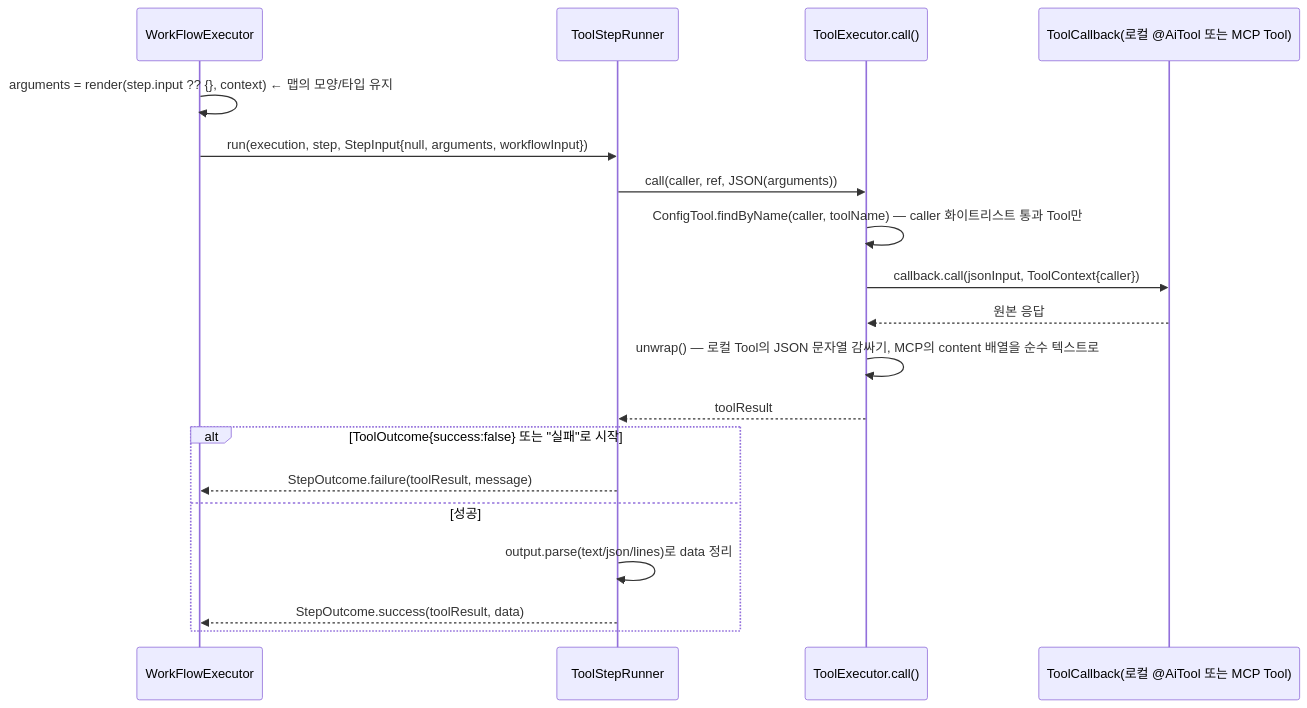
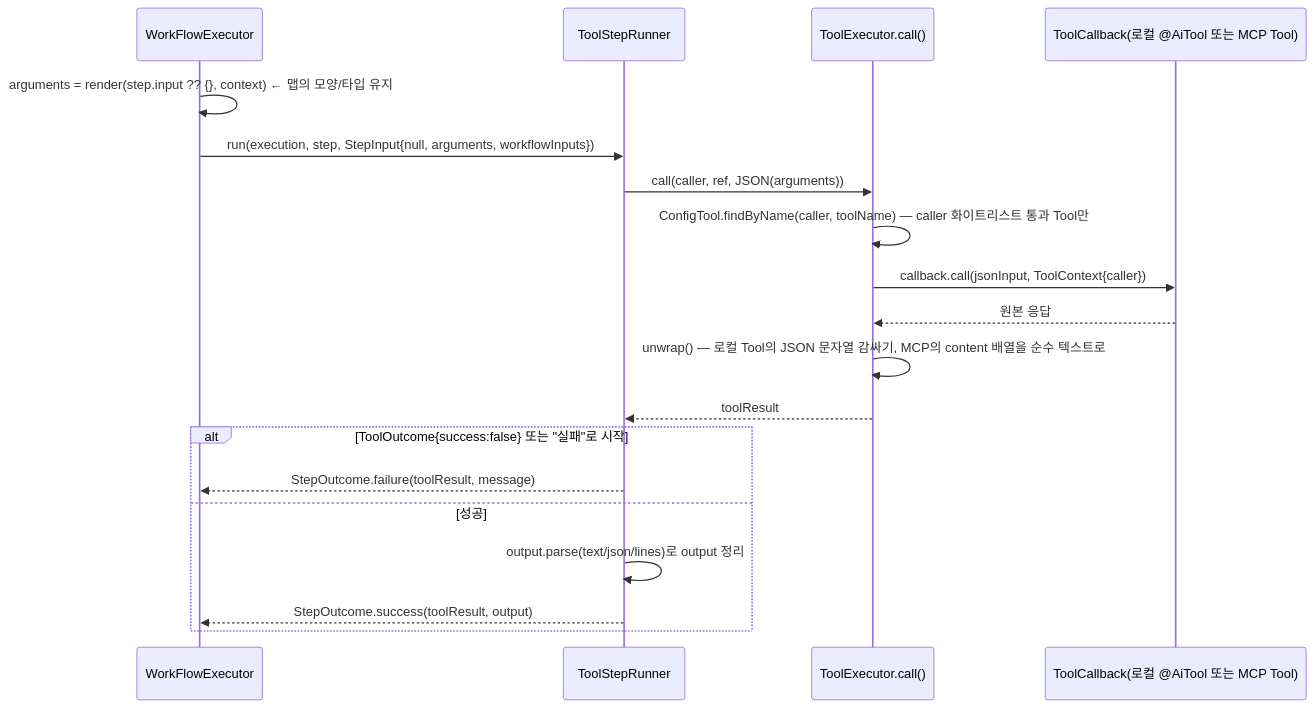
One commit to YongSoekChoeng/dstone changed the eighth of 10 diagrams in docs/09.dstone-ai-engine.md. Above: the diagram before and after it, drawn with Mermaid. The commit also changed other lines of this file and 33 other files, not shown here.

````diff
--- a/docs/09.dstone-ai-engine.md
+++ b/docs/09.dstone-ai-engine.md
@@ -506,21 +517,21 @@
 ```mermaid
 sequenceDiagram
     participant WE as WorkFlowExecutor
     participant TSR as ToolStepRunner
     participant TE as ToolExecutor.call()
     participant CB as ToolCallback(로컬 @AiTool 또는 MCP Tool)
     WE->>WE: arguments = render(step.input ?? {}, context)  ← 맵의 모양/타입 유지
-    WE->>TSR: run(execution, step, StepInput{null, arguments, workflowInput})
+    WE->>TSR: run(execution, step, StepInput{null, arguments, workflowInputs})
     TSR->>TE: call(caller, ref, JSON(arguments))
     TE->>TE: ConfigTool.findByName(caller, toolName) — caller 화이트리스트 통과 Tool만
     TE->>CB: callback.call(jsonInput, ToolContext{caller})
     CB-->>TE: 원본 응답
     TE->>TE: unwrap() — 로컬 Tool의 JSON 문자열 감싸기, MCP의 content 배열을 순수 텍스트로
     TE-->>TSR: toolResult
     alt ToolOutcome{success:false} 또는 "실패"로 시작
         TSR-->>WE: StepOutcome.failure(toolResult, message)
     else 성공
-        TSR->>TSR: output.parse(text/json/lines)로 data 정리
-        TSR-->>WE: StepOutcome.success(toolResult, data)
+        TSR->>TSR: output.parse(text/json/lines)로 output 정리
+        TSR-->>WE: StepOutcome.success(toolResult, output)
     end
 ```
````
